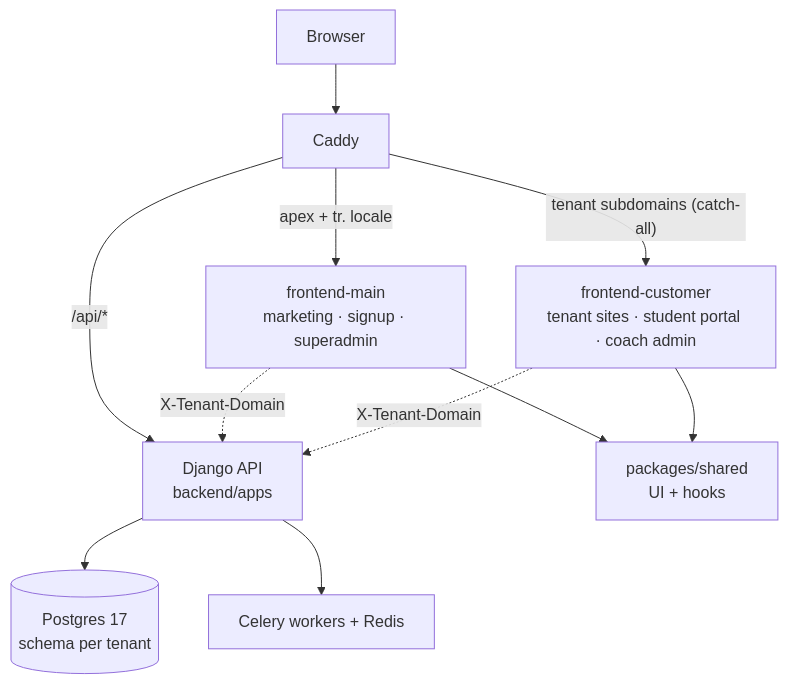
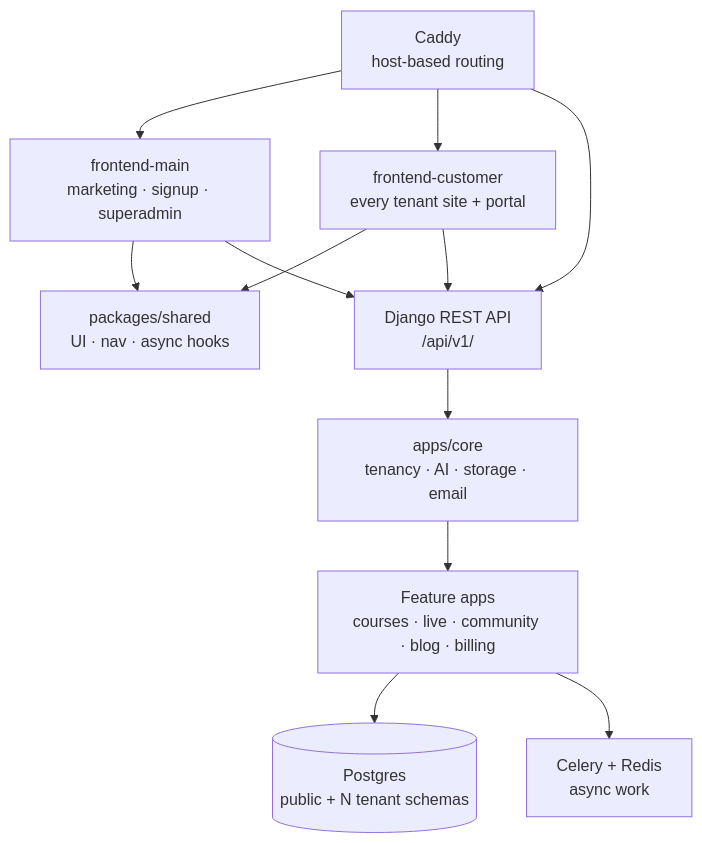
One commit to tahayusufkomur/contentor changed the diagram in docs/wiki/overview.md. Above: the diagram before and after it, drawn with Mermaid. The commit also changed other lines of this file and 640 other files, not shown here.

````diff
--- a/docs/wiki/overview.md
+++ b/docs/wiki/overview.md
@@ -13,13 +11,24 @@
 ```mermaid
-graph TD
-    B[Browser] --> C[Caddy]
-    C -->|"apex + tr. locale"| FM[frontend-main<br/>marketing · signup · superadmin]
-    C -->|"tenant subdomains (catch-all)"| FC[frontend-customer<br/>tenant sites · student portal · coach admin]
-    C -->|"/api/*"| D[Django API<br/>backend/apps]
-    FM --> SH[packages/shared<br/>UI + hooks]
-    FC --> SH
-    FM -.->|X-Tenant-Domain| D
-    FC -.->|X-Tenant-Domain| D
-    D --> PG[(Postgres 17<br/>schema per tenant)]
-    D --> CW[Celery workers + Redis]
+graph TB
+    Caddy[Caddy<br/>host-based routing]
+    Main[frontend-main<br/>marketing · signup · superadmin]
+    Customer[frontend-customer<br/>every tenant site + portal]
+    Shared[packages/shared<br/>UI · nav · async hooks]
+    API[Django REST API<br/>/api/v1/]
+    Core[apps/core<br/>tenancy · AI · storage · email]
+    Features[Feature apps<br/>courses · live · community · blog · billing]
+    DB[(Postgres<br/>public + N tenant schemas)]
+    Celery[Celery + Redis<br/>async work]
+
+    Caddy --> Main
+    Caddy --> Customer
+    Caddy --> API
+    Main --> Shared
+    Customer --> Shared
+    Main --> API
+    Customer --> API
+    API --> Core
+    Core --> Features
+    Features --> DB
+    Features --> Celery
 ```
````
